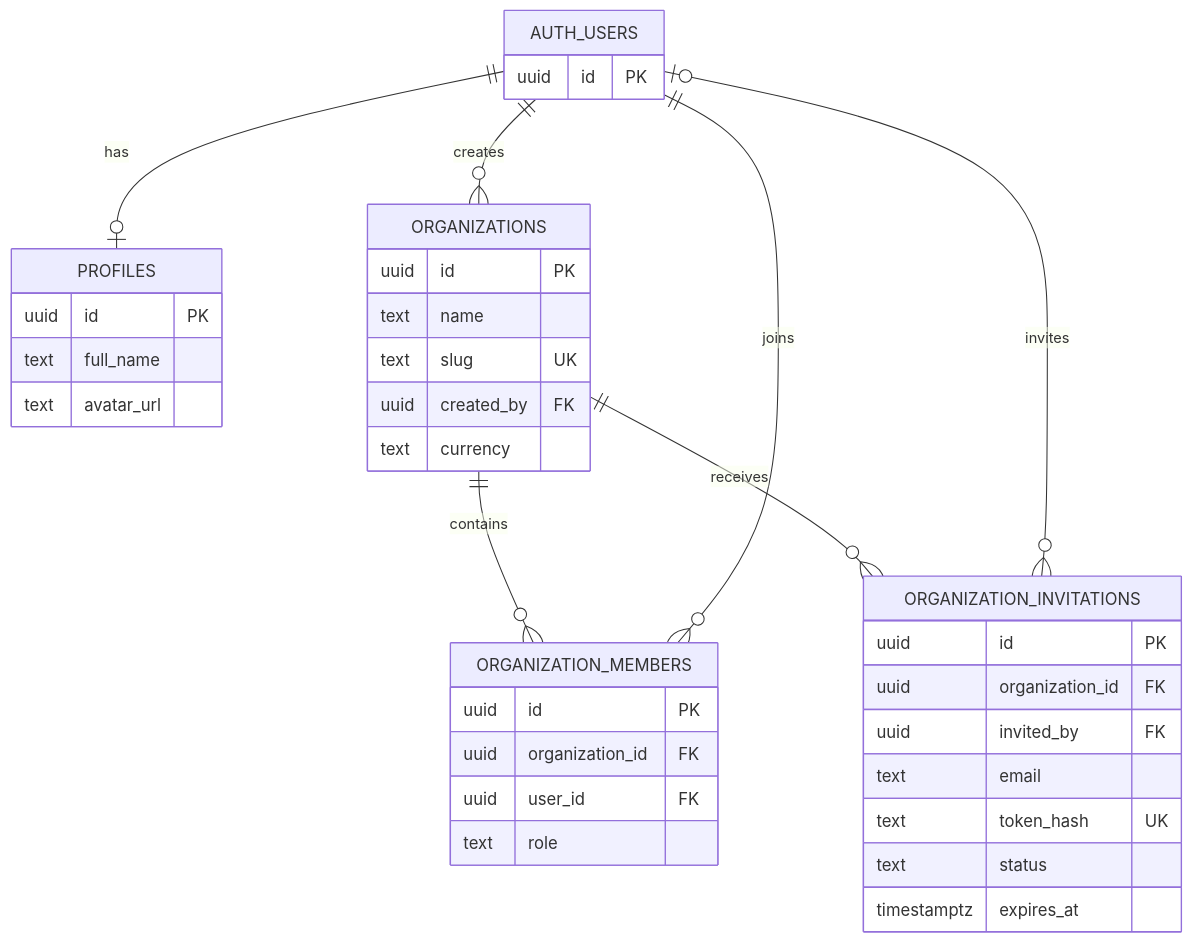
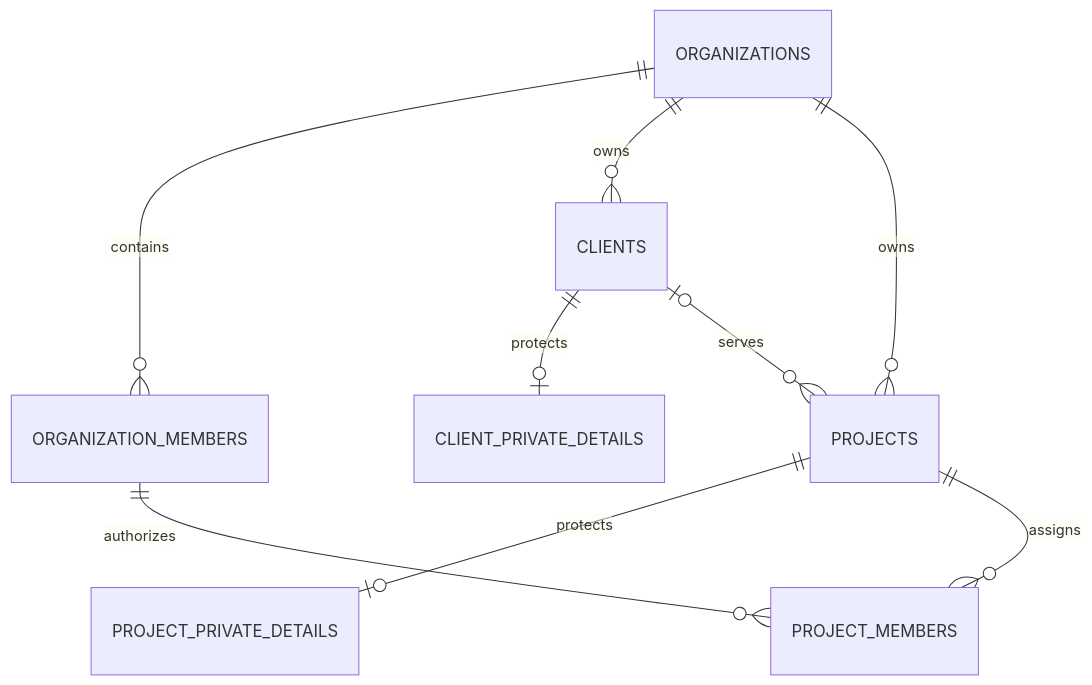
One commit to AhmedGhannam17/Startup-Management-System changed the second of 2 diagrams in docs/ARCHITECTURE.md. Above: the diagram before and after it, drawn with Mermaid. The commit also changed other lines of this file and 21 other files, not shown here.

First line of the commit message:
feat: implement clients and projects management with access controls

````diff
--- a/docs/ARCHITECTURE.md
+++ b/docs/ARCHITECTURE.md
@@ -110,40 +75,11 @@
 ```mermaid
 erDiagram
-  AUTH_USERS ||--o| PROFILES : has
-  AUTH_USERS ||--o{ ORGANIZATIONS : creates
   ORGANIZATIONS ||--o{ ORGANIZATION_MEMBERS : contains
-  AUTH_USERS ||--o{ ORGANIZATION_MEMBERS : joins
-  ORGANIZATIONS ||--o{ ORGANIZATION_INVITATIONS : receives
-  AUTH_USERS o|--o{ ORGANIZATION_INVITATIONS : invites
-
-  AUTH_USERS {
-    uuid id PK
-  }
-  PROFILES {
-    uuid id PK
-    text full_name
-    text avatar_url
-  }
-  ORGANIZATIONS {
-    uuid id PK
-    text name
-    text slug UK
-    uuid created_by FK
-    text currency
-  }
-  ORGANIZATION_MEMBERS {
-    uuid id PK
-    uuid organization_id FK
-    uuid user_id FK
-    text role
-  }
-  ORGANIZATION_INVITATIONS {
-    uuid id PK
-    uuid organization_id FK
-    uuid invited_by FK
-    text email
-    text token_hash UK
-    text status
-    timestamptz expires_at
-  }
+  ORGANIZATIONS ||--o{ CLIENTS : owns
+  CLIENTS ||--o| CLIENT_PRIVATE_DETAILS : protects
+  ORGANIZATIONS ||--o{ PROJECTS : owns
+  CLIENTS o|--o{ PROJECTS : serves
+  PROJECTS ||--o| PROJECT_PRIVATE_DETAILS : protects
+  PROJECTS ||--o{ PROJECT_MEMBERS : assigns
+  ORGANIZATION_MEMBERS ||--o{ PROJECT_MEMBERS : authorizes
 ```
````
